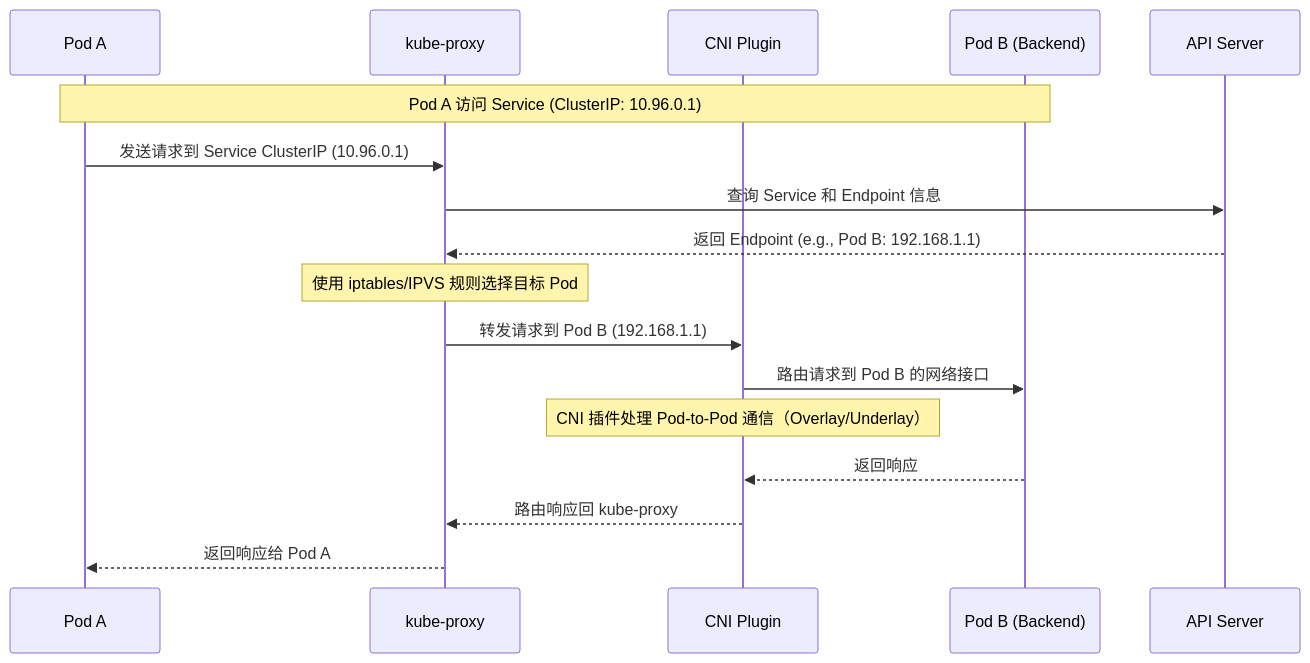
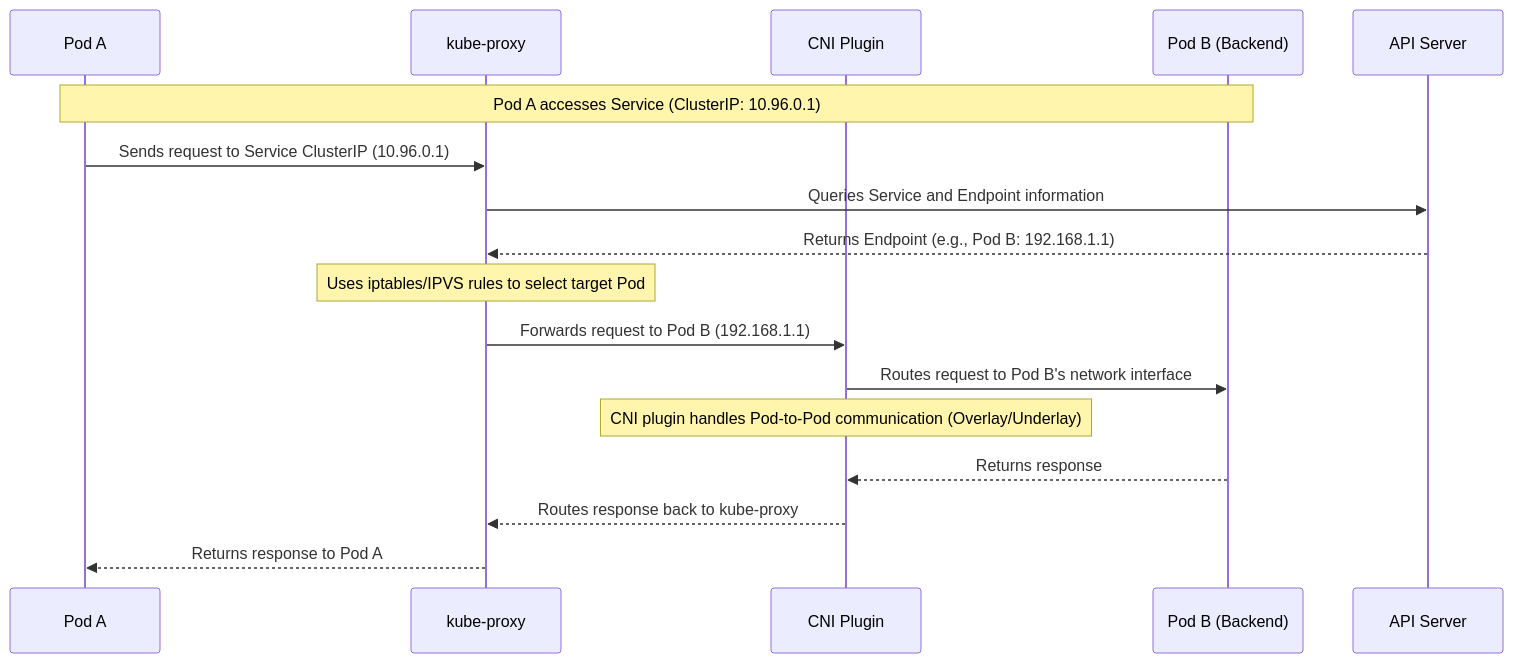
Before and after one commit to liweinan/deepseek-answers: the first of 4 diagrams in files/kube-proxy-cni.md, drawn with Mermaid. The commit also changed other lines of this file and 135 other files, not shown here.

````diff
--- a/files/kube-proxy-cni.md
+++ b/files/kube-proxy-cni.md
@@ -65,29 +71,29 @@
 ```mermaid
-%% 时序图：Pod 访问 Service 的网络流程
+%% Sequence Diagram: Pod Accessing Service Network Flow
 sequenceDiagram
     participant PodA as Pod A
     participant KubeProxy as kube-proxy
     participant CNI as CNI Plugin
     participant PodB as Pod B (Backend)
     participant APIServer as API Server
 
-    Note over PodA,PodB: Pod A 访问 Service (ClusterIP: 10.96.0.1)
+    Note over PodA,PodB: Pod A accesses Service (ClusterIP: 10.96.0.1)
 
-%% Pod A 发起请求
-    PodA->>KubeProxy: 发送请求到 Service ClusterIP (10.96.0.1)
+%% Pod A initiates request
+    PodA->>KubeProxy: Sends request to Service ClusterIP (10.96.0.1)
 
-%% kube-proxy 处理服务发现和负载均衡
-    KubeProxy->>APIServer: 查询 Service 和 Endpoint 信息
-    APIServer-->>KubeProxy: 返回 Endpoint (e.g., Pod B: 192.168.1.1)
-    Note over KubeProxy: 使用 iptables/IPVS 规则选择目标 Pod
-    KubeProxy->>CNI: 转发请求到 Pod B (192.168.1.1)
+%% kube-proxy handles service discovery and load balancing
+    KubeProxy->>APIServer: Queries Service and Endpoint information
+    APIServer-->>KubeProxy: Returns Endpoint (e.g., Pod B: 192.168.1.1)
+    Note over KubeProxy: Uses iptables/IPVS rules to select target Pod
+    KubeProxy->>CNI: Forwards request to Pod B (192.168.1.1)
 
-%% CNI 负责底层网络传输
-    CNI->>PodB: 路由请求到 Pod B 的网络接口
-    Note over CNI: CNI 插件处理 Pod-to-Pod 通信（Overlay/Underlay）
+%% CNI handles underlying network transmission
+    CNI->>PodB: Routes request to Pod B's network interface
+    Note over CNI: CNI plugin handles Pod-to-Pod communication (Overlay/Underlay)
 
-%% Pod B 响应
-    PodB-->>CNI: 返回响应
-    CNI-->>KubeProxy: 路由响应回 kube-proxy
-    KubeProxy-->>PodA: 返回响应给 Pod A
+%% Pod B responds
+    PodB-->>CNI: Returns response
+    CNI-->>KubeProxy: Routes response back to kube-proxy
+    KubeProxy-->>PodA: Returns response to Pod A
 ```
````
